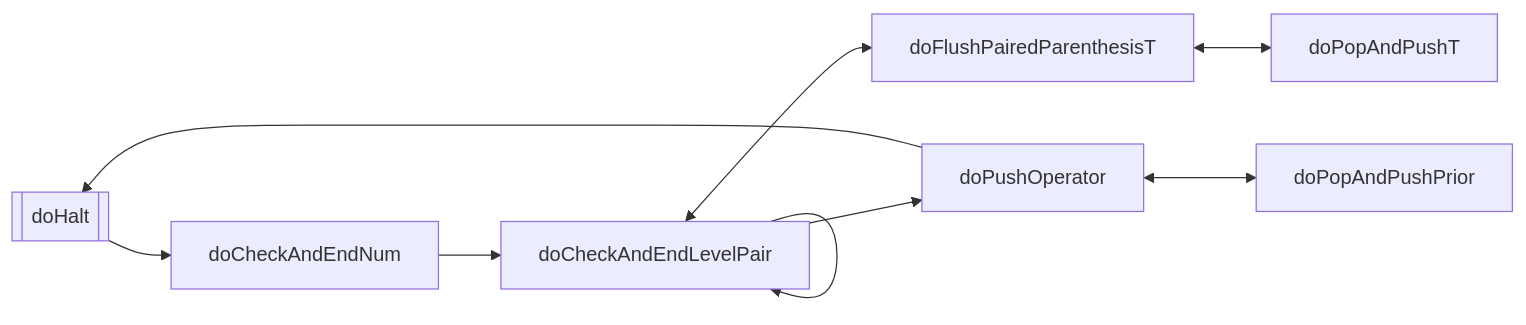
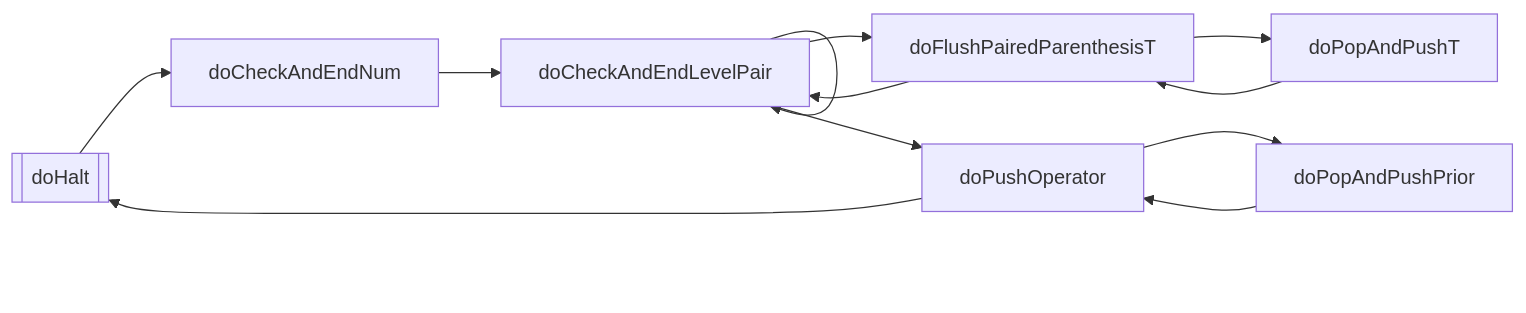
The second of 6 diagrams in src/main/scala/acal/lab05/Hw2/state.md (Shiritai/aias-lab5-spring-2024), drawn with Mermaid before and after one commit. The commit also changed other lines of this file and 5 other files, not shown here.

````diff
--- a/src/main/scala/acal/lab05/Hw2/state.md
+++ b/src/main/scala/acal/lab05/Hw2/state.md
@@ -15,8 +12,11 @@
 ```mermaid
 graph LR
-    doHalt[["doHalt"]] --> doCheckAndEndNum --> doCheckAndEndLevelPair <--> doFlushPairedParenthesisT <--> doPopAndPushT
+    doHalt[["doHalt"]] --> doCheckAndEndNum --> doCheckAndEndLevelPair --> doFlushPairedParenthesisT --> doPopAndPushT
+    doFlushPairedParenthesisT --> doCheckAndEndLevelPair
+    doPopAndPushT --> doFlushPairedParenthesisT
 
-    doCheckAndEndLevelPair --> doPushOperator <--> doPopAndPushPrior
+    doCheckAndEndLevelPair --> doPushOperator --> doPopAndPushPrior
+    doPopAndPushPrior --> doPushOperator
     doPushOperator --> doHalt
     doCheckAndEndLevelPair --> doCheckAndEndLevelPair
 ```
````
